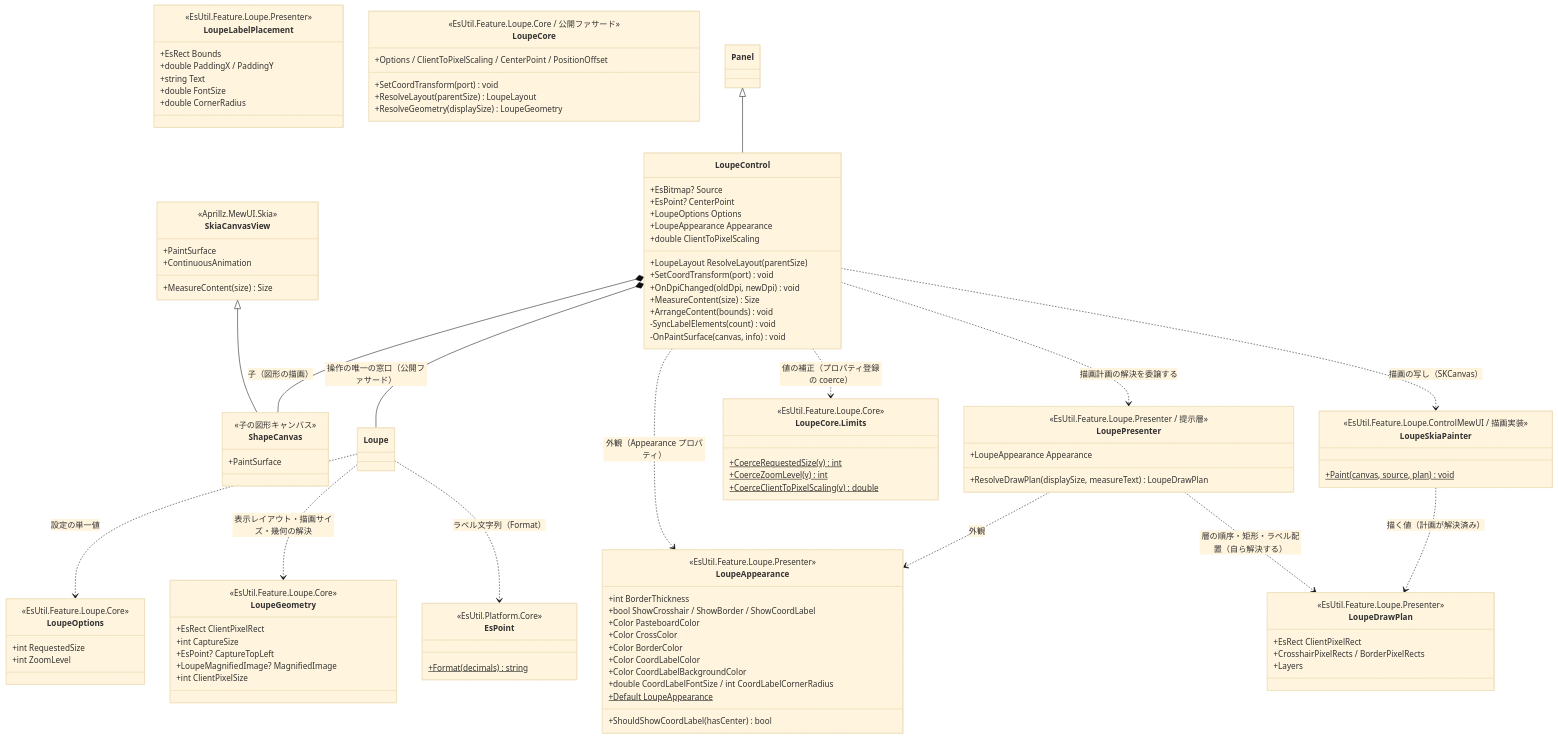
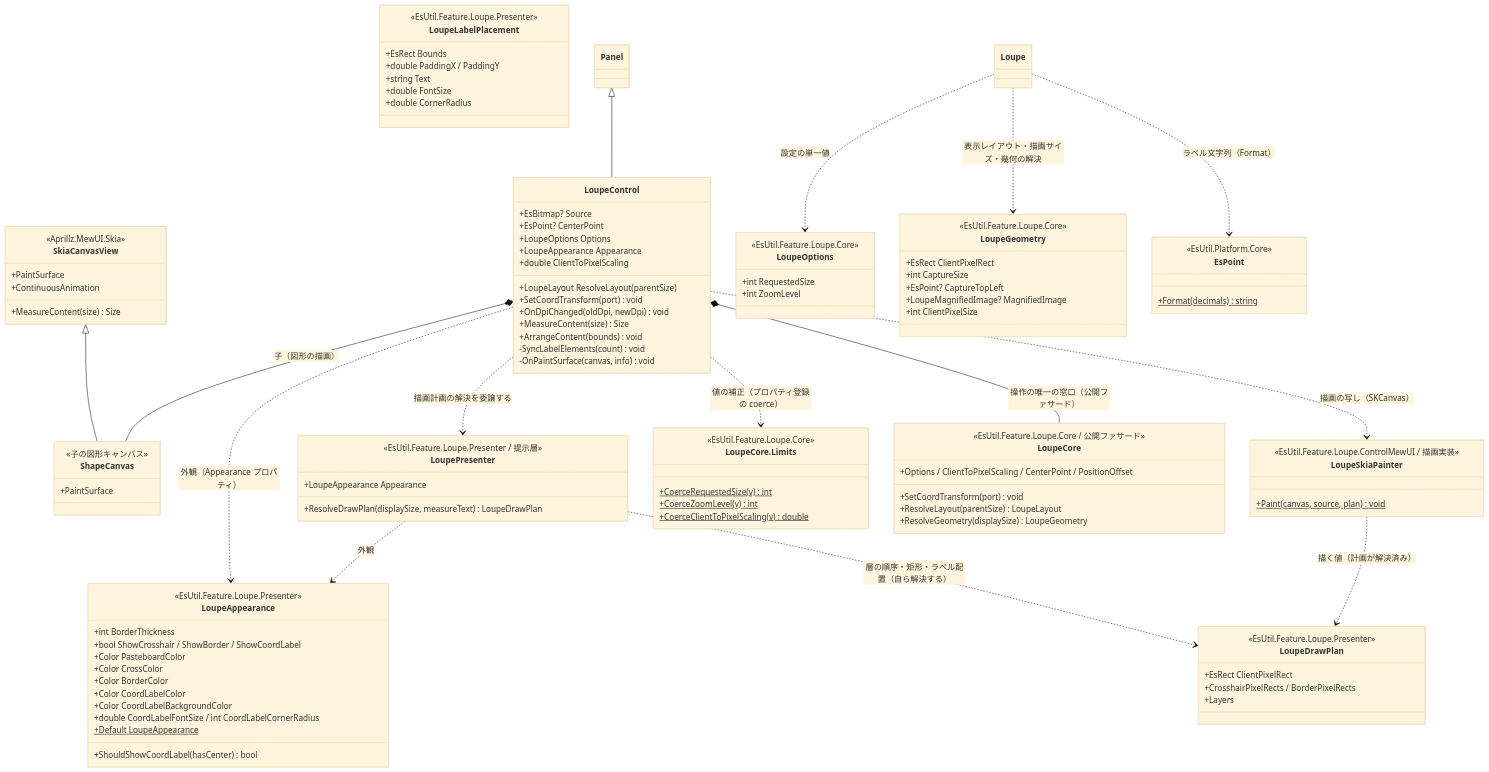
One commit to tomokuni/SaveEvidence changed the first of 2 diagrams in src/EsUtil.Feature.Loupe.ControlMewUI/docs/SPEC_System.md. Above: the diagram before and after it, drawn with Mermaid (base theme). The commit also changed 216 other files, not shown here.

```diff
--- a/src/EsUtil.Feature.Loupe.ControlMewUI/docs/SPEC_System.md
+++ b/src/EsUtil.Feature.Loupe.ControlMewUI/docs/SPEC_System.md
@@ -168,7 +168,7 @@
     SkiaCanvasView <|-- ShapeCanvas
     Panel <|-- LoupeControl
     LoupeControl *-- ShapeCanvas : 子（図形の描画）
-    LoupeControl *-- Loupe : 操作の唯一の窓口（公開ファサード）
+    LoupeControl *-- LoupeCore : 操作の唯一の窓口（公開ファサード）
     LoupeControl ..> LoupePresenter : 描画計画の解決を委譲する
     LoupeControl ..> LoupeAppearance : 外観（Appearance プロパティ）
     LoupeControl ..> LoupeSkiaPainter : 描画の写し（SKCanvas）
```
